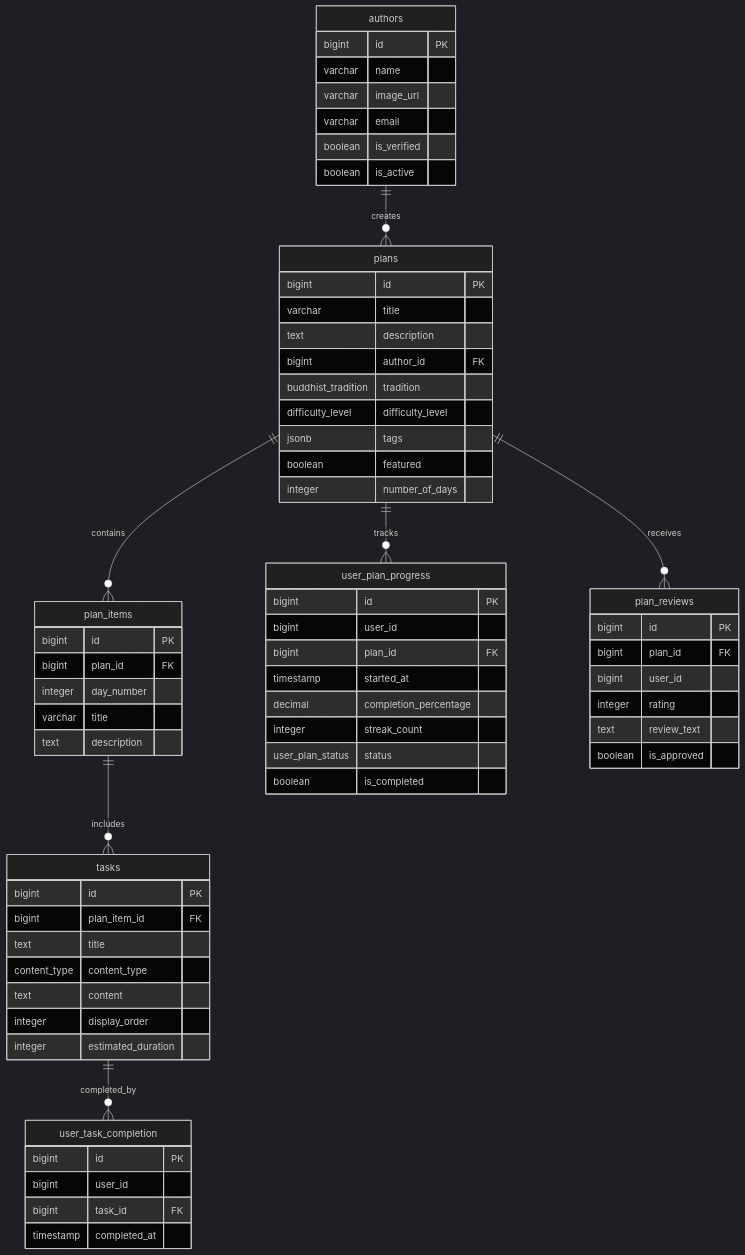
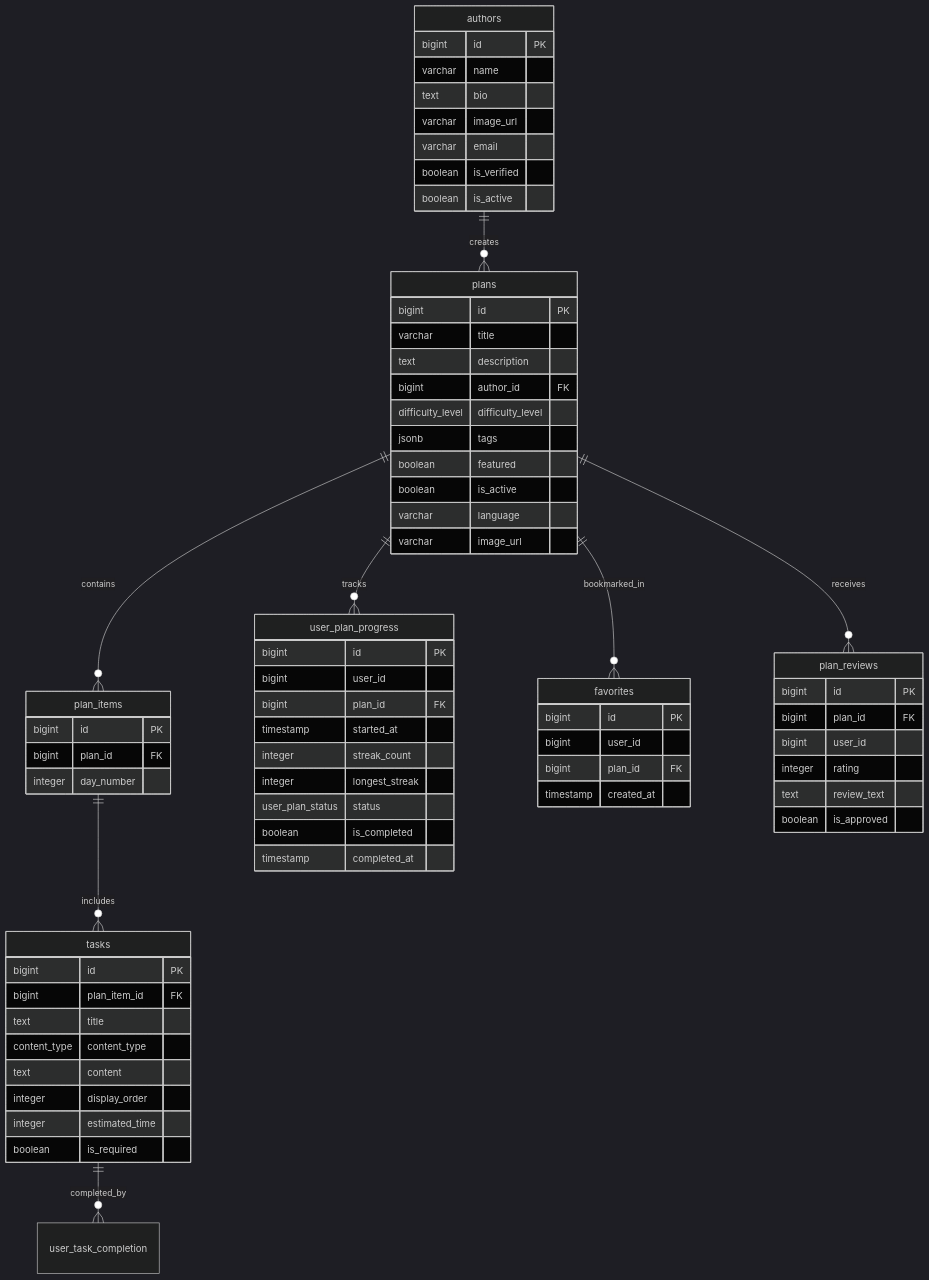
One commit to OpenPecha/plan_documentation changed the first of 3 diagrams in docs/database/database-schema-diagram.md. Above: the diagram before and after it, drawn with Mermaid (dark theme). The commit also changed other lines of this file and 8 other files, not shown here.

Commit message:
updated schema and other documentation accroding to updated schema

````diff
--- a/docs/database/database-schema-diagram.md
+++ b/docs/database/database-schema-diagram.md
@@ -93,75 +86,78 @@
 ```mermaid
 erDiagram
     authors {
         bigint id PK
         varchar name
+        text bio
         varchar image_url
         varchar email
         boolean is_verified
         boolean is_active
     }
 
     plans {
         bigint id PK
         varchar title
         text description
         bigint author_id FK
-        buddhist_tradition tradition
         difficulty_level difficulty_level
         jsonb tags
         boolean featured
-        integer number_of_days
+        boolean is_active
+        varchar language
+        varchar image_url
     }
 
     plan_items {
         bigint id PK
         bigint plan_id FK
         integer day_number
-        varchar title
-        text description
     }
 
     tasks {
         bigint id PK
         bigint plan_item_id FK
         text title
         content_type content_type
         text content
         integer display_order
-        integer estimated_duration
+        integer estimated_time
+        boolean is_required
     }
 
     user_plan_progress {
         bigint id PK
         bigint user_id
         bigint plan_id FK
         timestamp started_at
-        decimal completion_percentage
         integer streak_count
+        integer longest_streak
         user_plan_status status
         boolean is_completed
+        timestamp completed_at
     }
 
-    user_task_completion {
+    favorites {
         bigint id PK
         bigint user_id
-        bigint task_id FK
-        timestamp completed_at
+        bigint plan_id FK
+        timestamp created_at
     }
 
     plan_reviews {
         bigint id PK
         bigint plan_id FK
         bigint user_id
         integer rating
         text review_text
         boolean is_approved
     }
 
     authors ||--o{ plans : creates
     plans ||--o{ plan_items : contains
     plan_items ||--o{ tasks : includes
     plans ||--o{ user_plan_progress : tracks
     plans ||--o{ plan_reviews : receives
+    plans ||--o{ favorites : bookmarked_in
     tasks ||--o{ user_task_completion : completed_by
 ```
````
